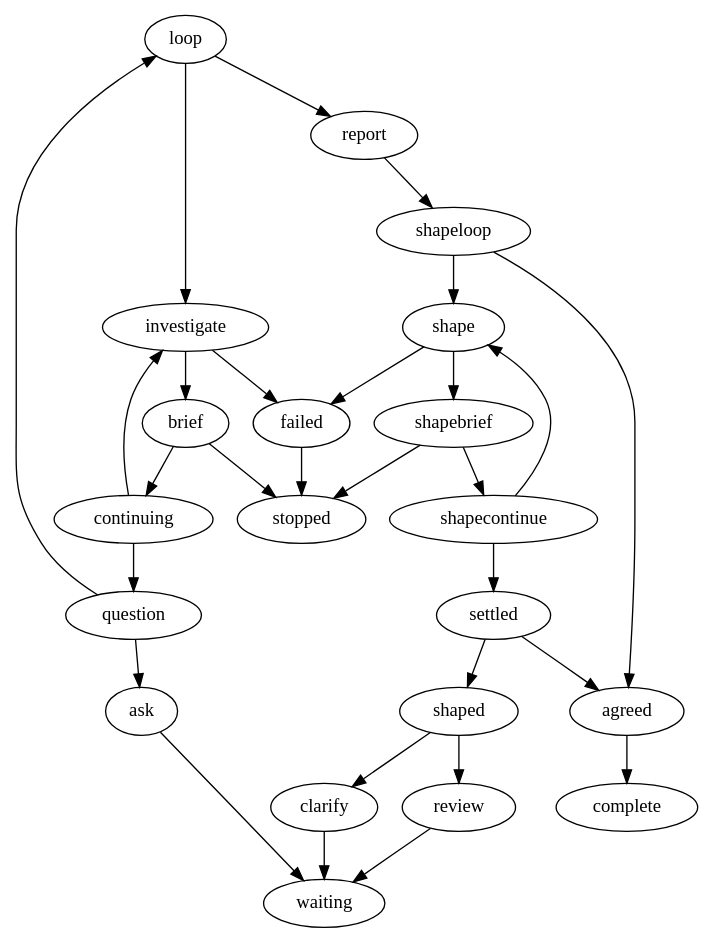
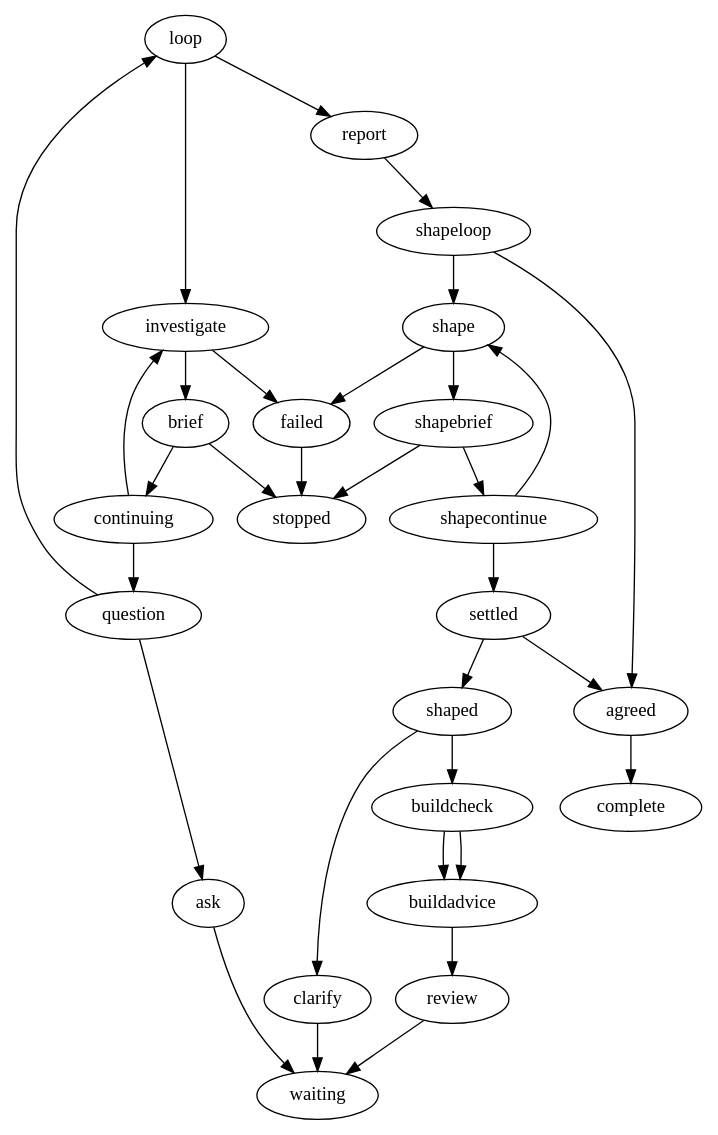
The diagram in teams/source/base-team/research/research.dot (marioatcloudvane/litefactory), drawn with Graphviz before and after one commit. The commit also changed 8 other files, not shown here.

First line of the commit message:
Research v2 step 3: builder-check judge and question protocol

```diff
--- a/teams/source/base-team/research/research.dot
+++ b/teams/source/base-team/research/research.dot
@@ -1,76 +1,86 @@
 // Research runs in two owner-authorized stages, each with one reasoning role.
 //
 // Clarification is an introduction: one pass, publish, hand on. Shaping is
 // where the work happens, so it cannot advance on its own — the only edge into
 // its final publication needs "approved", which the factory follows when an authenticated
 // owner replies done to the current review, without another agent invocation. Everything else loops back for another pass.
 //
 // One run advances one stage. Publishing the report parks the instance, and a
 // graph dispatch carries it into the run that continues it. Limits persist
 // across replies, and every loop, branch and comment names the agent whose
 // response it reads, so a later stage bootstraps from its own default instead
 // of inheriting the previous one's. The ask default initializes only the first
 // evaluation of each stage.
+//
+// Before a shaped draft goes to the owner for review, a builder check judges
+// the saved result and publishes its advice as a comment. It is advisory: it
+// cannot decide, ask or approve, and success and failure both continue to the
+// same review.
 digraph research {
  graph [team="{{team}}", mode="research", profile_version="1", start="loop"];
 
  // ---- Stage 1: clarification -------------------------------------------
  loop        [lf_action="lf_loop",    lf_outcomes="true,false", lf_field="response", lf_condition="ask", lf_default="ask", lf_limit="8", lf_source="investigate"];
  continuing [lf_action="lf_if", lf_outcomes="true,false", lf_field="response", lf_condition="continue", lf_limit="8", lf_source="investigate"];
  brief [lf_action="lf_research_brief", lf_outcomes="success,failed", lf_source="investigate", lf_limit="8"];
  investigate [lf_action="lf_agent",   lf_outcomes="success,failed", lf_agent_markdown="research", lf_skills="research-evidence,research-mode-feature,research-mode-change,research-mode-bug,research-mode-refactor,research-mode-integration,research-mode-operations,research-mode-agent-guidance", lf_limit="8"];
  question    [lf_action="lf_if",      lf_outcomes="true,false", lf_field="response", lf_condition="ask", lf_limit="8", lf_source="investigate"];
  ask         [lf_action="lf_ask", lf_outcomes="published", lf_kind="question", lf_limit="8", lf_source="investigate"];
  report      [lf_action="lf_comment", lf_outcomes="published", lf_kind="final",    lf_limit="1", lf_source="investigate"];
 
  // ---- Stage 2: shaping ---------------------------------------------------
  shapeloop   [lf_action="lf_loop",    lf_outcomes="true,false", lf_field="response", lf_condition="ask", lf_default="ask", lf_limit="8", lf_source="shape"];
  shapecontinue [lf_action="lf_if", lf_outcomes="true,false", lf_field="response", lf_condition="continue", lf_limit="8", lf_source="shape"];
  shapebrief [lf_action="lf_research_brief", lf_outcomes="success,failed", lf_source="shape", lf_limit="8"];
  shape       [lf_action="lf_agent",   lf_outcomes="success,failed", lf_agent_markdown="shaping", lf_skills="research-evidence,research-mode-feature,research-mode-change,research-mode-bug,research-mode-refactor,research-mode-integration,research-mode-operations,research-mode-agent-guidance", lf_limit="8"];
  settled     [lf_action="lf_if",      lf_outcomes="true,false", lf_field="response", lf_condition="approved", lf_limit="8", lf_source="shape"];
  shaped      [lf_action="lf_if",      lf_outcomes="true,false", lf_field="response", lf_condition="ask", lf_limit="8", lf_source="shape"];
  clarify     [lf_action="lf_ask", lf_outcomes="published", lf_kind="question", lf_limit="8", lf_source="shape"];
  review      [lf_action="lf_ask", lf_outcomes="published", lf_kind="review",   lf_limit="8", lf_source="shape"];
  agreed      [lf_action="lf_comment", lf_outcomes="published", lf_kind="final",    lf_limit="1", lf_source="shape"];
+ buildcheck  [lf_action="lf_judge", lf_outcomes="success,failed", lf_source="shape", lf_agent="codex", lf_limit="8", lf_focus="Builder check. Read only the pinned saved shaping result (the source of its brief), not the discussion. You will plan from this alone. List only the questions whose answer would change what gets built, sorted into: already answered (the brief should say it more clearly), agent's call (Research may decide; say what it would assume), owner's (needs the owner). Check that every O- outcome is clear and testable, that N-/K- boundaries are explicit, that the impact analysis names what is touched, who depends on it and what must be retired or migrated, and that S-01 mode and size fit the request. Keep it short: AI;DR first, then the three groups; omit empty groups. Advisory only."];
+ buildadvice [lf_action="lf_comment", lf_outcomes="published", lf_kind="advisory", lf_limit="8", lf_source="buildcheck"];
 
  // ---- Failure and terminals ----------------------------------------------
  failed      [lf_action="lf_comment", lf_outcomes="published", lf_kind="failure",  lf_limit="1"];
  waiting     [lf_terminal="true"];
  complete    [lf_terminal="true"];
  stopped     [lf_terminal="true"];
 
  // Stage 1: investigate until the request is clear, then report and hand on.
  loop        -> investigate [lf_on="true"];
  loop        -> report      [lf_on="false"];
  investigate -> brief       [lf_on="success"];
  brief -> continuing [lf_on="success"];
  continuing -> investigate [lf_on="true"];
  continuing -> question [lf_on="false"];
  brief -> stopped [lf_on="failed"];
  question    -> ask         [lf_on="true"];    // needs an answer
  question    -> loop        [lf_on="false"];   // nothing to ask; report
  ask         -> waiting     [lf_on="published"];
  report      -> shapeloop   [lf_on="published"];  // hands over; does not end
 
  // Stage 2: shape, show the owner, and advance only once they approve.
  shapeloop   -> shape       [lf_on="true"];
  shapeloop   -> agreed      [lf_on="false"];
  shape       -> shapebrief  [lf_on="success"];
  shapebrief -> shapecontinue [lf_on="success"];
  shapecontinue -> shape [lf_on="true"];
  shapecontinue -> settled [lf_on="false"];
  shapebrief -> stopped [lf_on="failed"];
  settled     -> agreed      [lf_on="true"];    // the owner approved
  settled     -> shaped      [lf_on="false"];
  shaped      -> clarify     [lf_on="true"];    // needs an answer
- shaped      -> review      [lf_on="false"];   // has a draft; asks if it stands
+ shaped      -> buildcheck  [lf_on="false"];   // has a draft; builder check first
+ buildcheck  -> buildadvice [lf_on="success"];
+ buildcheck  -> buildadvice [lf_on="failed"];  // advisory: a failed check is published, not fatal
+ buildadvice -> review      [lf_on="published"]; // then asks if it stands
  clarify     -> waiting     [lf_on="published"];
  review      -> waiting     [lf_on="published"];
  agreed      -> complete    [lf_on="published"];
 
  // A failed stage reports why and stops; nothing retries on its own.
  investigate -> failed      [lf_on="failed"];
  shape       -> failed      [lf_on="failed"];
  failed      -> stopped     [lf_on="published"];
 }
```
